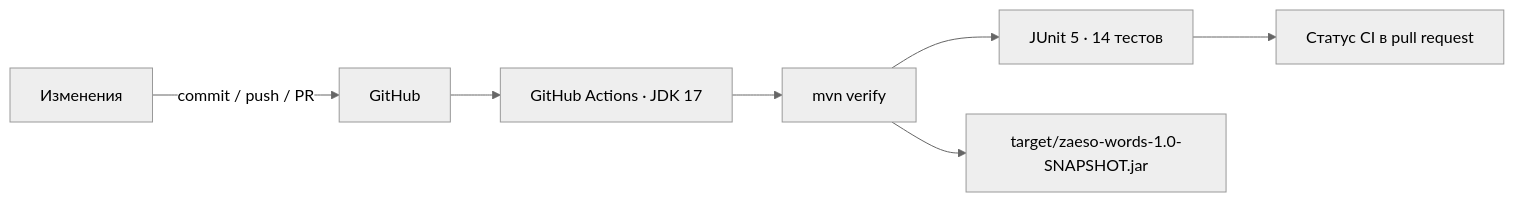
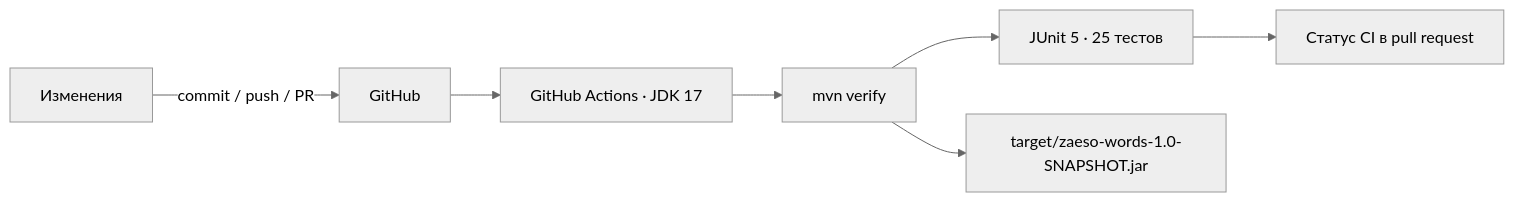
One commit to zaeso/zaeso-Words changed the third of 4 diagrams in zaeso-Words-Roadmap.md. Above: the diagram before and after it, drawn with Mermaid (neutral theme). The commit also changed other lines of this file and 5 other files, not shown here.

````diff
--- a/zaeso-Words-Roadmap.md
+++ b/zaeso-Words-Roadmap.md
@@ -135,9 +141,9 @@
 ```mermaid
 flowchart LR
     DEV["Изменения"] -->|"commit / push / PR"| GH["GitHub"]
     GH --> CI["GitHub Actions · JDK 17"]
     CI --> MVN["mvn verify"]
-    MVN --> TESTS["JUnit 5 · 14 тестов"]
+    MVN --> TESTS["JUnit 5 · 25 тестов"]
     MVN --> JAR["target/zaeso-words-1.0-SNAPSHOT.jar"]
     TESTS --> STATUS["Статус CI в pull request"]
 ```
````
